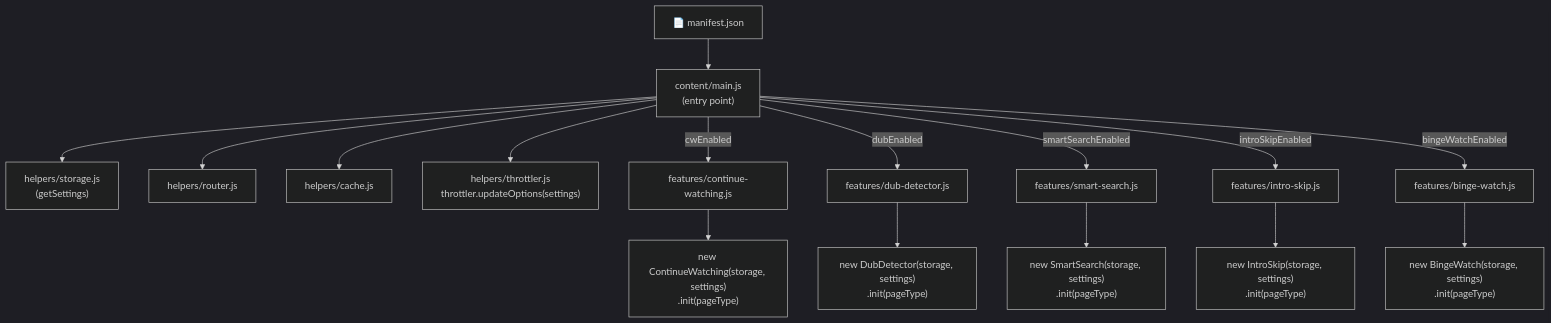
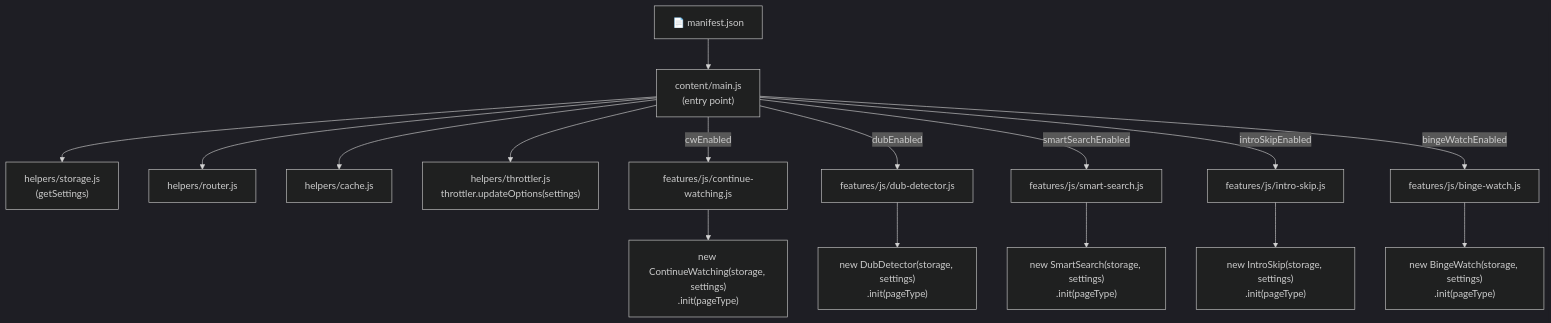
Before and after one commit to abdullahkhfb/animepahe-enhancer: the first of 4 diagrams in docs/ARCHITECTURE.md, drawn with Mermaid (dark theme). The commit also changed other lines of this file and 74 other files, not shown here.

````diff
--- a/docs/ARCHITECTURE.md
+++ b/docs/ARCHITECTURE.md
@@ -98,18 +119,18 @@
 ```mermaid
 flowchart TD
     MF["📄 manifest.json"] --> CM["content/main.js\n(entry point)"]
     CM --> HS["helpers/storage.js\n(getSettings)"]
     CM --> HR["helpers/router.js"]
     CM --> HCache["helpers/cache.js"]
     CM --> TH["helpers/throttler.js\nthrottler.updateOptions(settings)"]
-    CM -->|cwEnabled| CW["features/continue-watching.js"]
-    CM -->|dubEnabled| DD["features/dub-detector.js"]
-    CM -->|smartSearchEnabled| SS["features/smart-search.js"]
-    CM -->|introSkipEnabled| IS["features/intro-skip.js"]
-    CM -->|bingeWatchEnabled| BW["features/binge-watch.js"]
+    CM -->|cwEnabled| CW["features/js/continue-watching.js"]
+    CM -->|dubEnabled| DD["features/js/dub-detector.js"]
+    CM -->|smartSearchEnabled| SS["features/js/smart-search.js"]
+    CM -->|introSkipEnabled| IS["features/js/intro-skip.js"]
+    CM -->|bingeWatchEnabled| BW["features/js/binge-watch.js"]
     CW --> CWI["new ContinueWatching(storage, settings)\n.init(pageType)"]
     DD --> DDI["new DubDetector(storage, settings)\n.init(pageType)"]
     SS --> SSI["new SmartSearch(storage, settings)\n.init(pageType)"]
     IS --> ISI["new IntroSkip(storage, settings)\n.init(pageType)"]
     BW --> BWI["new BingeWatch(storage, settings)\n.init(pageType)"]
 ```
````
